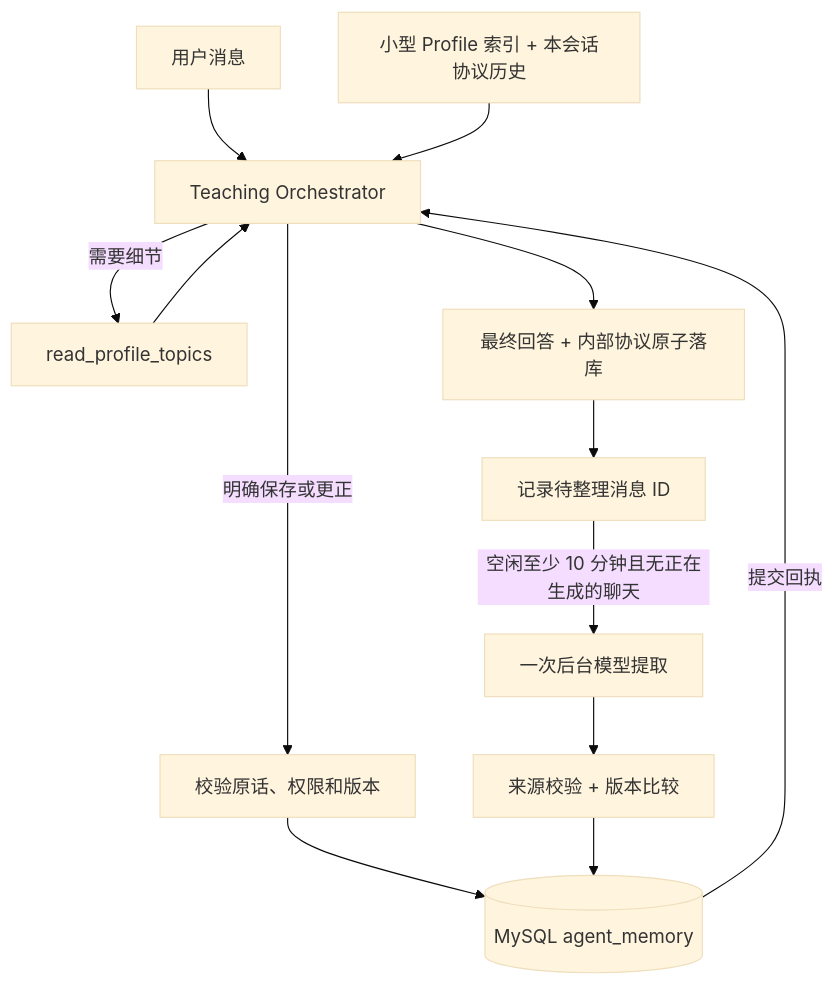
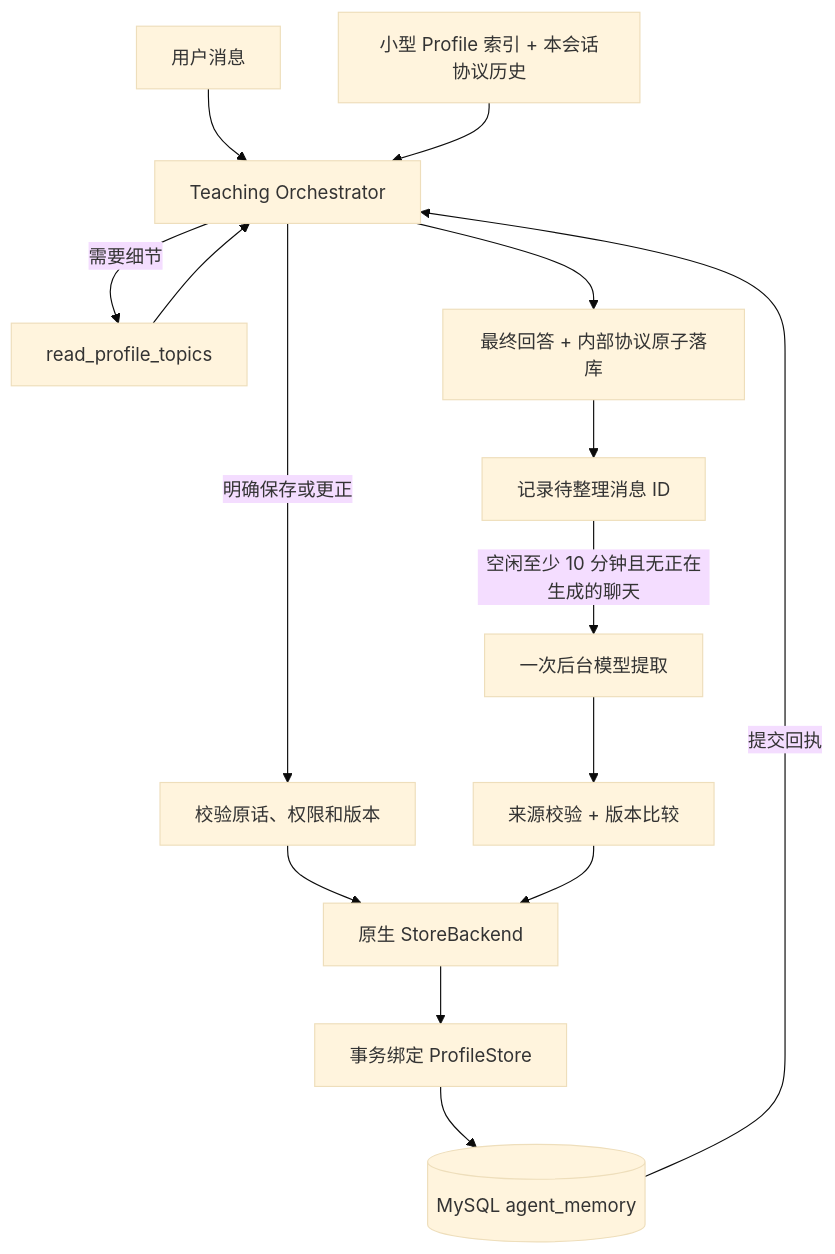
One commit to roey-cheng/AI-teaching-agent changed the diagram in docs/memory-lifecycle-zh.md. Above: the diagram before and after it, drawn with Mermaid (base theme). The commit also changed other lines of this file and 41 other files, not shown here.

Commit message:
feat: reuse chat agents with store-backed memory

````diff
--- a/docs/memory-lifecycle-zh.md
+++ b/docs/memory-lifecycle-zh.md
@@ -14,15 +14,17 @@
 ```mermaid
 flowchart TD
     U[用户消息] --> O[Teaching Orchestrator]
     I[小型 Profile 索引 + 本会话协议历史] --> O
     O -->|需要细节| R[read_profile_topics]
     R --> O
     O -->|明确保存或更正| W[校验原话、权限和版本]
-    W --> DB[(MySQL agent_memory)]
+    W --> SB[原生 StoreBackend]
+    SB --> S[事务绑定 ProfileStore]
+    S --> DB[(MySQL agent_memory)]
     DB -->|提交回执| O
     O --> A[最终回答 + 内部协议原子落库]
     A --> Q[记录待整理消息 ID]
     Q -->|空闲至少 10 分钟且无正在生成的聊天| C[一次后台模型提取]
     C --> V[来源校验 + 版本比较]
-    V --> DB
+    V --> SB
 ```
````
